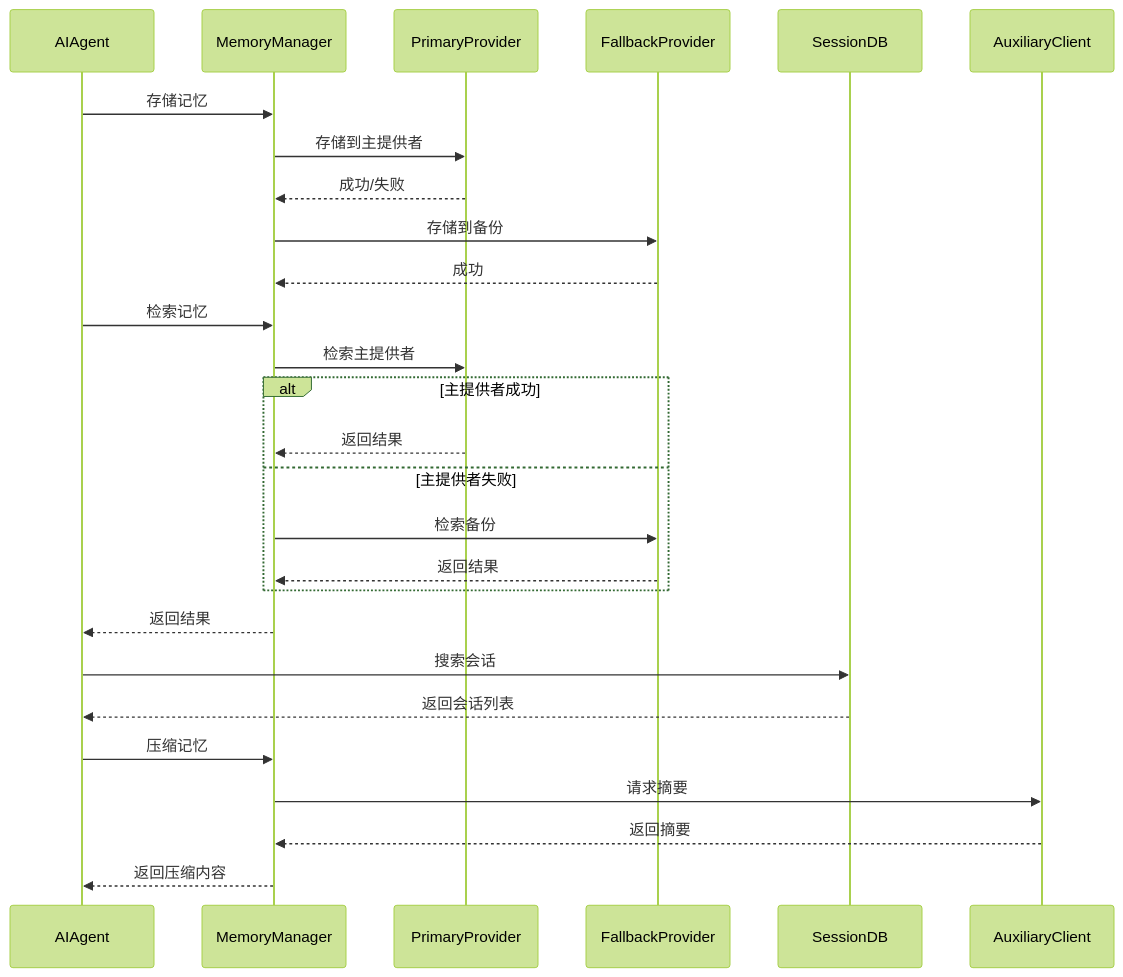
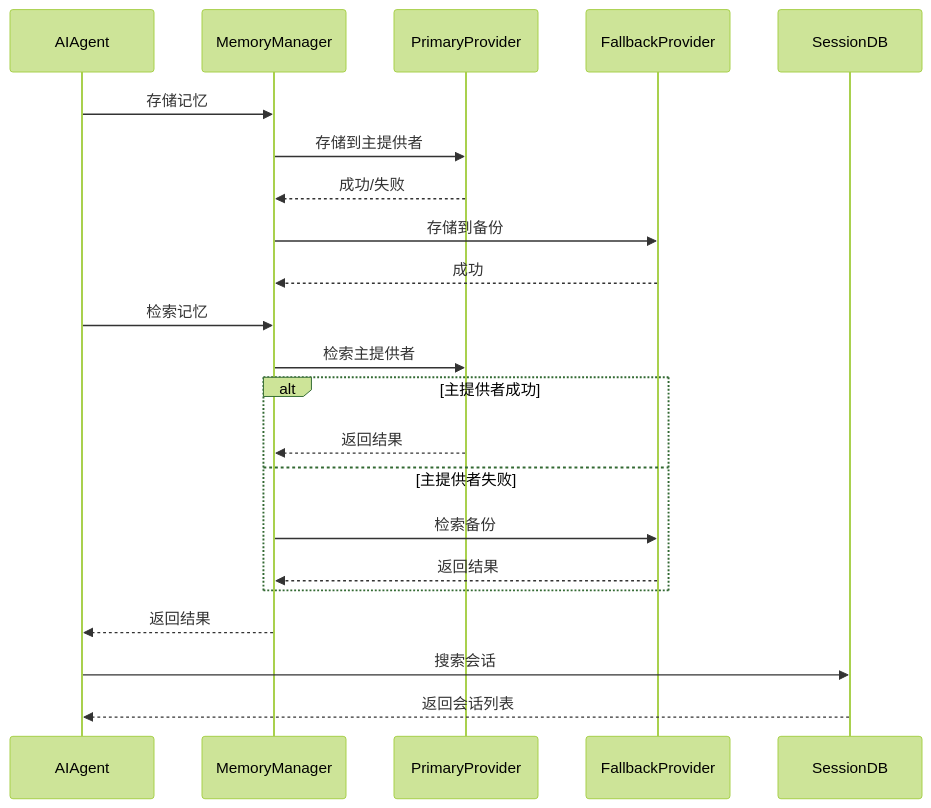
The second of 2 diagrams in agent/08-projects/hermes-agent/4. 记忆系统.md (wenyuexin/MachineLearning), drawn with Mermaid (forest theme) before and after one commit. The commit also changed other lines of this file and 10 other files, not shown here.

````diff
--- a/agent/08-projects/hermes-agent/4. 记忆系统.md
+++ b/agent/08-projects/hermes-agent/4. 记忆系统.md
@@ -400,33 +445,27 @@
 ```mermaid
 sequenceDiagram
     participant AI as AIAgent
     participant MM as MemoryManager
     participant PM as PrimaryProvider
     participant FM as FallbackProvider
     participant DB as SessionDB
-    participant Aux as AuxiliaryClient
 
     AI->>MM: 存储记忆
     MM->>PM: 存储到主提供者
     PM-->>MM: 成功/失败
     MM->>FM: 存储到备份
     FM-->>MM: 成功
 
     AI->>MM: 检索记忆
     MM->>PM: 检索主提供者
     alt 主提供者成功
         PM-->>MM: 返回结果
     else 主提供者失败
         MM->>FM: 检索备份
         FM-->>MM: 返回结果
     end
     MM-->>AI: 返回结果
 
     AI->>DB: 搜索会话
     DB-->>AI: 返回会话列表
-
-    AI->>MM: 压缩记忆
-    MM->>Aux: 请求摘要
-    Aux-->>MM: 返回摘要
-    MM-->>AI: 返回压缩内容
 ```
````
